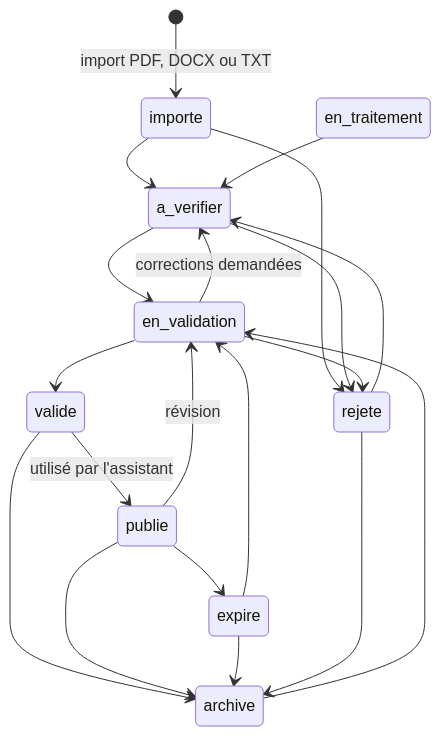
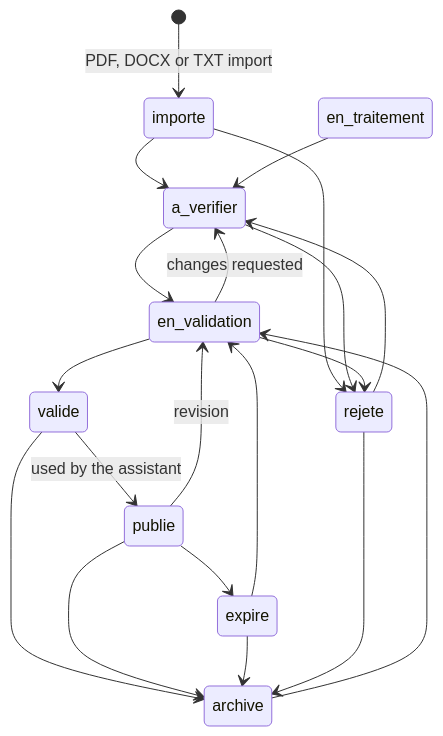
One commit to Dioumadev221/SUNUSAFEGUARD changed the ninth of 17 diagrams in README.md. Above: the diagram before and after it, drawn with Mermaid. The commit also changed other lines of this file and 1 other file, not shown here.

````diff
--- a/README.md
+++ b/README.md
@@ -379,22 +383,22 @@
 ```mermaid
 stateDiagram-v2
-    [*] --> importe: import PDF, DOCX ou TXT
+    [*] --> importe: PDF, DOCX or TXT import
     importe --> a_verifier
     importe --> rejete
     en_traitement --> a_verifier
     a_verifier --> en_validation
     a_verifier --> rejete
     en_validation --> valide
-    en_validation --> a_verifier: corrections demandées
+    en_validation --> a_verifier: changes requested
     en_validation --> rejete
-    valide --> publie: utilisé par l'assistant
+    valide --> publie: used by the assistant
     valide --> archive
     publie --> archive
     publie --> expire
-    publie --> en_validation: révision
+    publie --> en_validation: revision
     expire --> en_validation
     expire --> archive
     archive --> en_validation
     rejete --> a_verifier
     rejete --> archive
 ```
````
